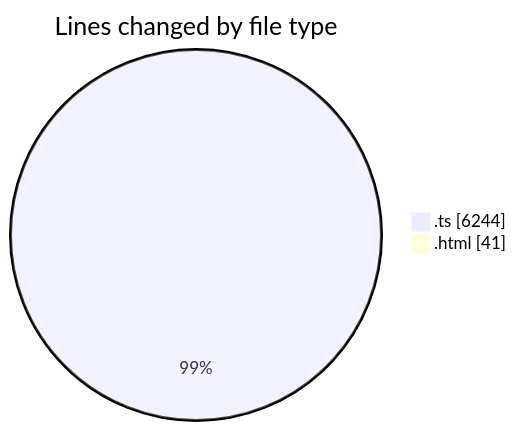
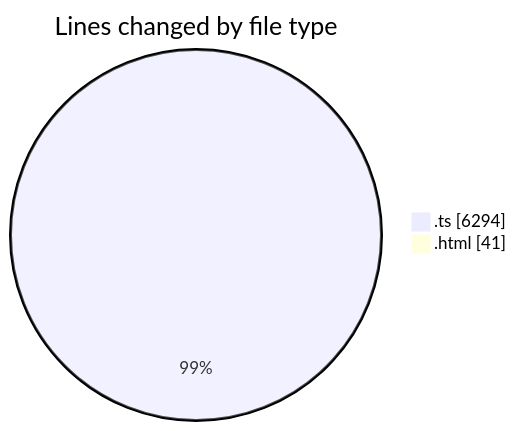
Before and after one commit to tmsrecording-cyber/code-tracking: the first of 2 diagrams in 2026-02-08/singularitybrainai/README.md, drawn with Mermaid. The commit also changed other lines of this file and 1 other file, not shown here.

````diff
--- a/2026-02-08/singularitybrainai/README.md
+++ b/2026-02-08/singularitybrainai/README.md
@@ -30,6 +30,6 @@
 ```mermaid
 pie showData
 title Lines changed by file type
-".ts" : 6244
+".ts" : 6294
 ".html" : 41
 ```
````
